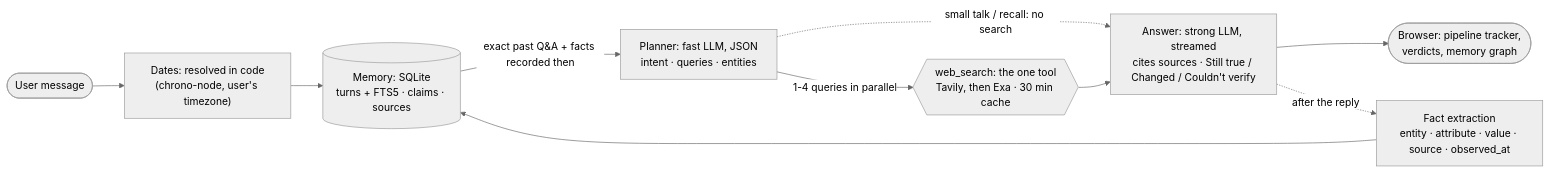
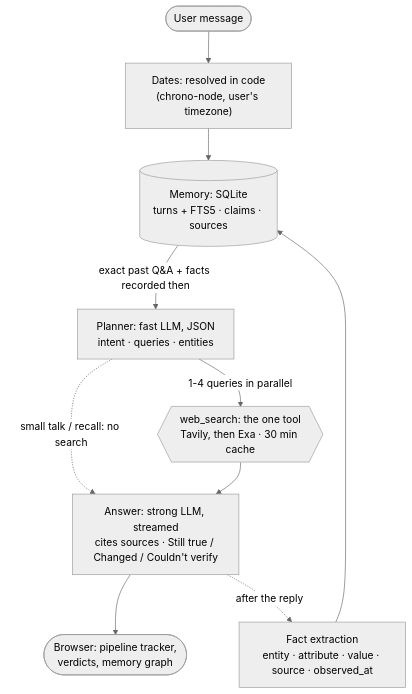
Before and after one commit to DrunkTrader/minimi-challenge-chat-agent: the diagram in DESIGN.md, drawn with Mermaid (neutral theme).

Commit message:
DESIGN.md: top-down diagram so it reads well at GitHub's width

````diff
--- a/DESIGN.md
+++ b/DESIGN.md
@@ -7,12 +7,12 @@
 ```mermaid
-flowchart LR
+flowchart TB
     U([User message]) --> D["Dates: resolved in code<br/>(chrono-node, user's timezone)"]
     D --> M[("Memory: SQLite<br/>turns + FTS5 · claims · sources")]
     M -->|exact past Q&A + facts recorded then| P["Planner: fast LLM, JSON<br/>intent · queries · entities"]
     P -->|1-4 queries in parallel| S{{"web_search: the one tool<br/>Tavily, then Exa · 30 min cache"}}
     P -.->|small talk / recall: no search| A
     S --> A["Answer: strong LLM, streamed<br/>cites sources · Still true / Changed / Couldn't verify"]
     A --> UI([Browser: pipeline tracker,<br/>verdicts, memory graph])
     A -.->|after the reply| F["Fact extraction<br/>entity · attribute · value · source · observed_at"]
     F --> M
 ```
````
